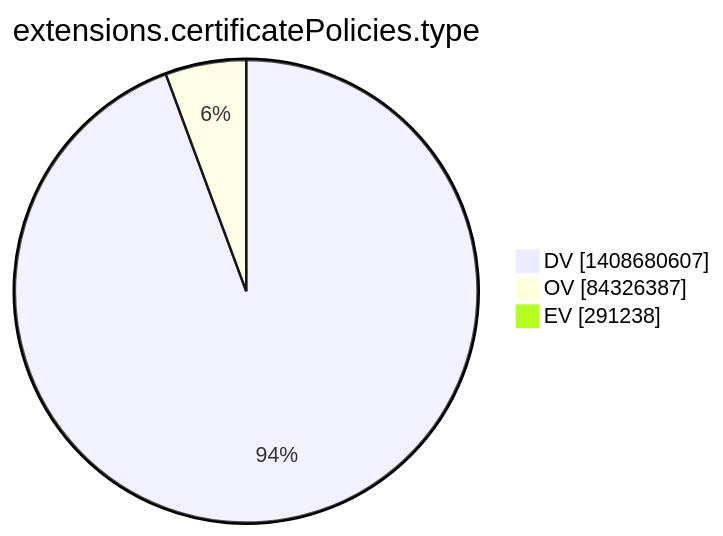
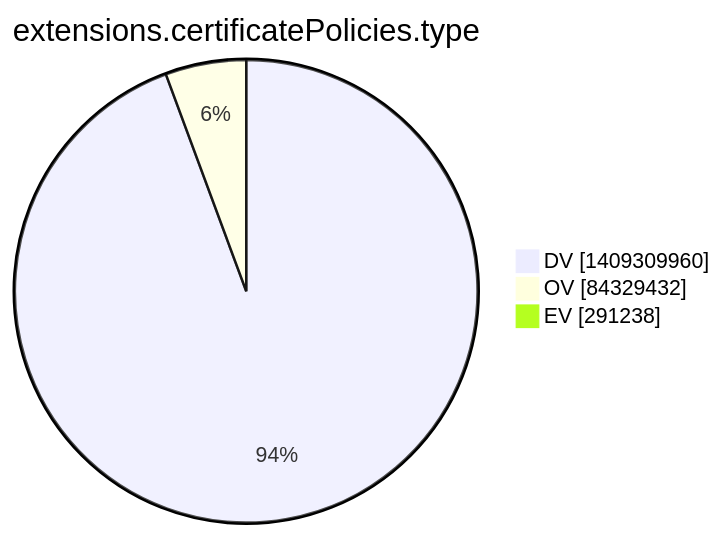
Before and after one commit to christiankrug/ctmonitor_visualization: the tenth of 15 diagrams in argon2022/README.md, drawn with Mermaid. The commit also changed other lines of this file, not shown here.

````diff
--- a/argon2022/README.md
+++ b/argon2022/README.md
@@ -2773,7 +2773,7 @@
 ```mermaid
 pie showData
 title extensions.certificatePolicies.type
-"DV" :1408680607
-"OV" :84326387
+"DV" :1409309960
+"OV" :84329432
 "EV" :291238
 ```
````
